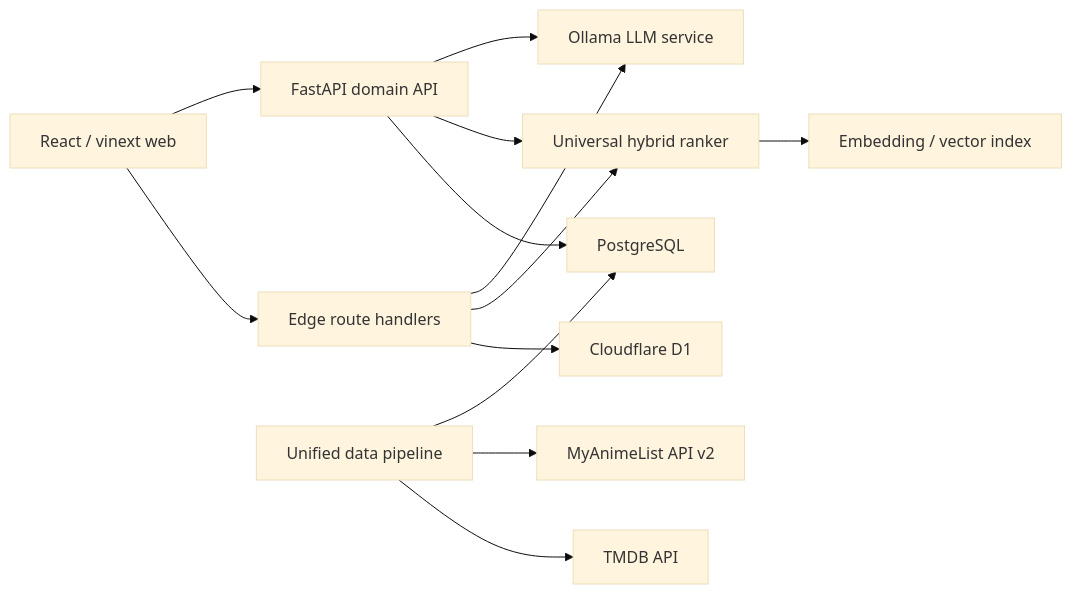
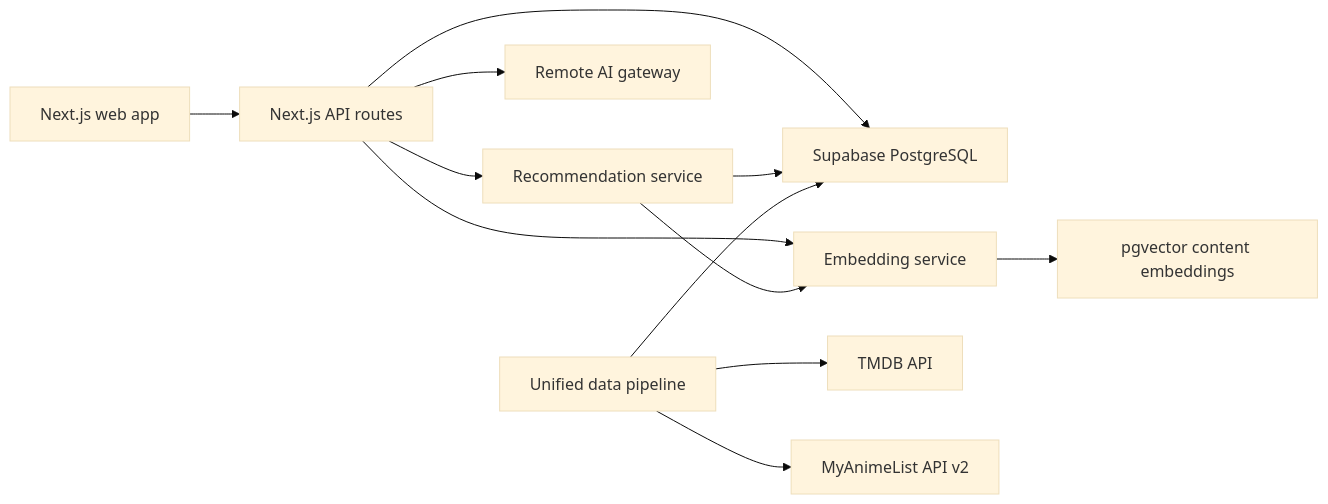
Before and after one commit to Punipun85/project-2: the diagram in ARCHITECTURE.md, drawn with Mermaid (base theme). The commit also changed other lines of this file and 72 other files, not shown here.

Commit message:
chore: remove legacy architecture and simplify production stack

````diff
--- a/ARCHITECTURE.md
+++ b/ARCHITECTURE.md
@@ -3,15 +3,14 @@
 ```mermaid
 flowchart LR
-    UI["React / vinext web"] --> EDGE["Edge route handlers"]
-    UI --> API["FastAPI domain API"]
-    EDGE --> D1["Cloudflare D1"]
-    API --> PG["PostgreSQL"]
-    EDGE --> REC["Universal hybrid ranker"]
-    API --> REC
-    EDGE --> AI["Ollama LLM service"]
-    API --> AI
-    REC --> VECTOR["Embedding / vector index"]
+    UI["Next.js web app"] --> API["Next.js API routes"]
+    API --> PG["Supabase PostgreSQL"]
+    API --> REC["Recommendation service"]
+    API --> EMBED["Embedding service"]
+    API --> AI["Remote AI gateway"]
+    REC --> PG
+    REC --> EMBED
+    EMBED --> VECTOR["pgvector content embeddings"]
     PIPELINE["Unified data pipeline"] --> TMDB["TMDB API"]
     PIPELINE --> MAL["MyAnimeList API v2"]
     PIPELINE --> PG
 ```
````
